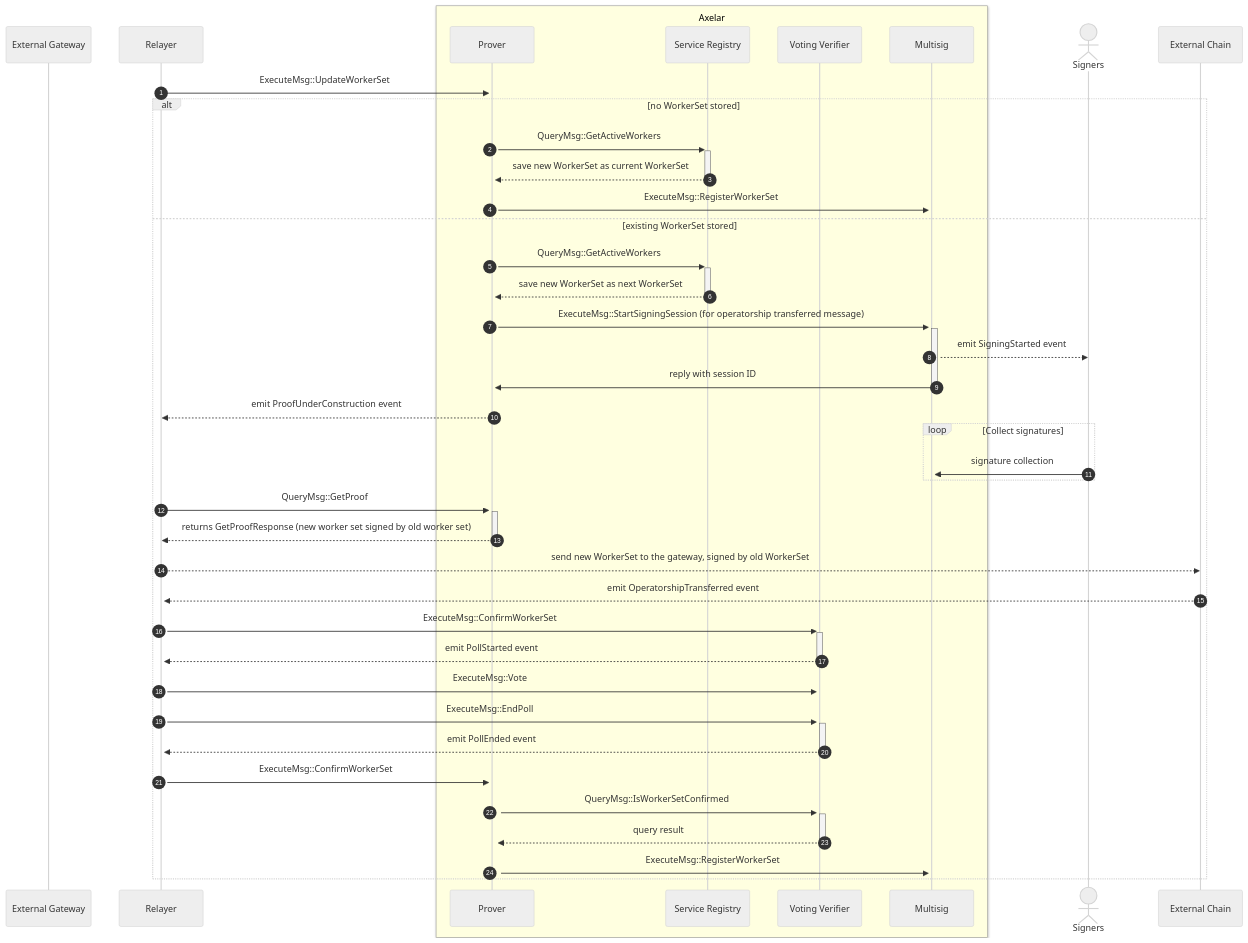
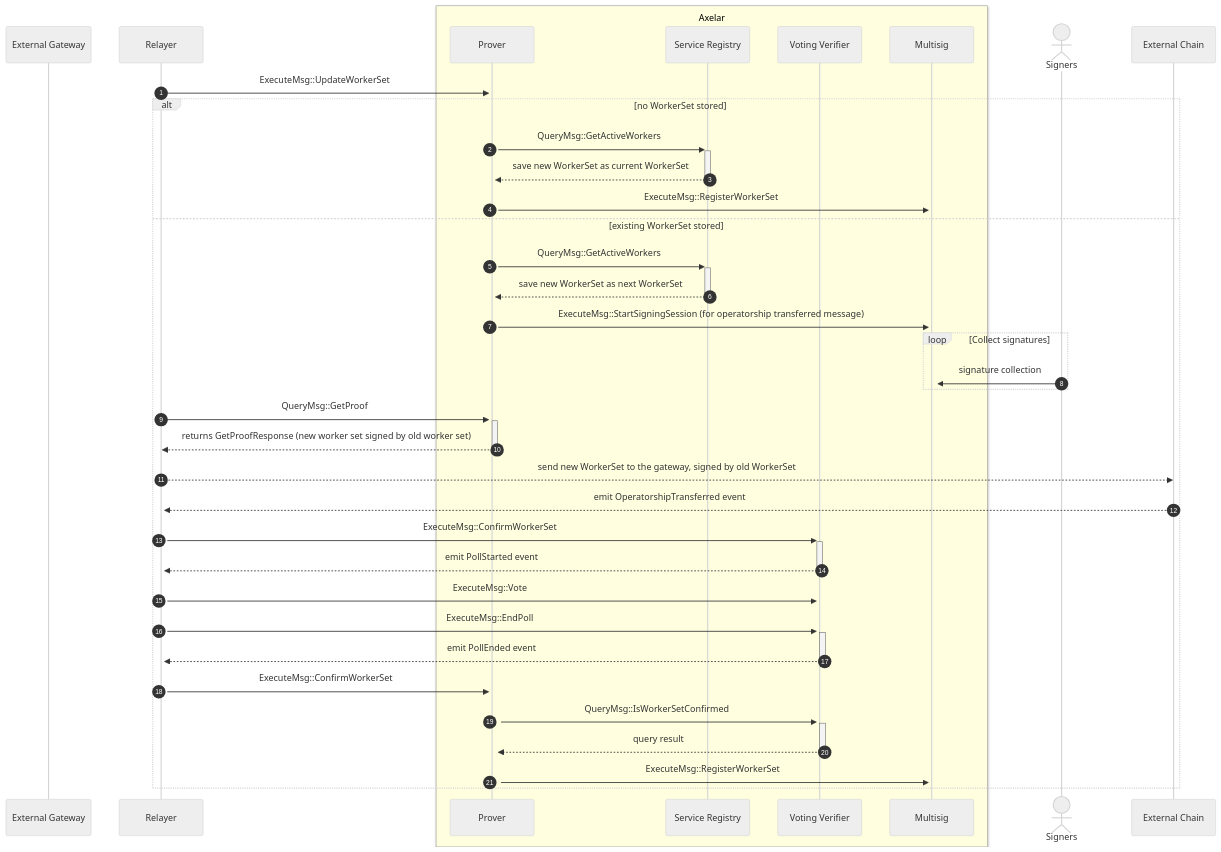
The fourth of 4 diagrams in doc/src/contracts/multisig_prover.md (axelarnetwork/axelar-amplifier), drawn with Mermaid (neutral theme) before and after one commit. The commit also changed other lines of this file, not shown here.

Commit message:
increase readability of WorkerSet sequence diagram

````diff
--- a/doc/src/contracts/multisig_prover.md
+++ b/doc/src/contracts/multisig_prover.md
@@ -152,42 +152,39 @@
 ```mermaid
 sequenceDiagram
 autonumber
 participant External Gateway
 participant Relayer
 box LightYellow Axelar
 participant Prover
 participant Service Registry
 participant Voting Verifier
 participant Multisig
 end
 actor Signers
 Relayer->>+Prover: ExecuteMsg::UpdateWorkerSet
 alt no WorkerSet stored
   Prover->>+Service Registry: QueryMsg::GetActiveWorkers
   Service Registry-->>-Prover: save new WorkerSet as current WorkerSet
   Prover->>+Multisig: ExecuteMsg::RegisterWorkerSet
 else existing WorkerSet stored
   Prover->>+Service Registry: QueryMsg::GetActiveWorkers
   Service Registry-->>-Prover: save new WorkerSet as next WorkerSet
   Prover->>+Multisig: ExecuteMsg::StartSigningSession (for operatorship transferred message)
-  Multisig-->>Signers: emit SigningStarted event
-  Multisig->>-Prover: reply with session ID
-  Prover-->>Relayer: emit ProofUnderConstruction event
   loop Collect signatures
 	  Signers->>+Multisig: signature collection
   end
   Relayer->>+Prover: QueryMsg::GetProof
   Prover-->>-Relayer: returns GetProofResponse (new worker set signed by old worker set)
   Relayer-->>External Chain: send new WorkerSet to the gateway, signed by old WorkerSet
   External Chain-->>+Relayer: emit OperatorshipTransferred event
   Relayer->>+Voting Verifier: ExecuteMsg::ConfirmWorkerSet
   Voting Verifier-->>-Relayer: emit PollStarted event
   Relayer->>+Voting Verifier: ExecuteMsg::Vote
   Relayer->>+Voting Verifier: ExecuteMsg::EndPoll
   Voting Verifier-->>-Relayer: emit PollEnded event
   Relayer->>+Prover: ExecuteMsg::ConfirmWorkerSet
   Prover->>+Voting Verifier: QueryMsg::IsWorkerSetConfirmed
   Voting Verifier-->>-Prover: query result
   Prover->>+Multisig: ExecuteMsg::RegisterWorkerSet
 end
 ```
````
